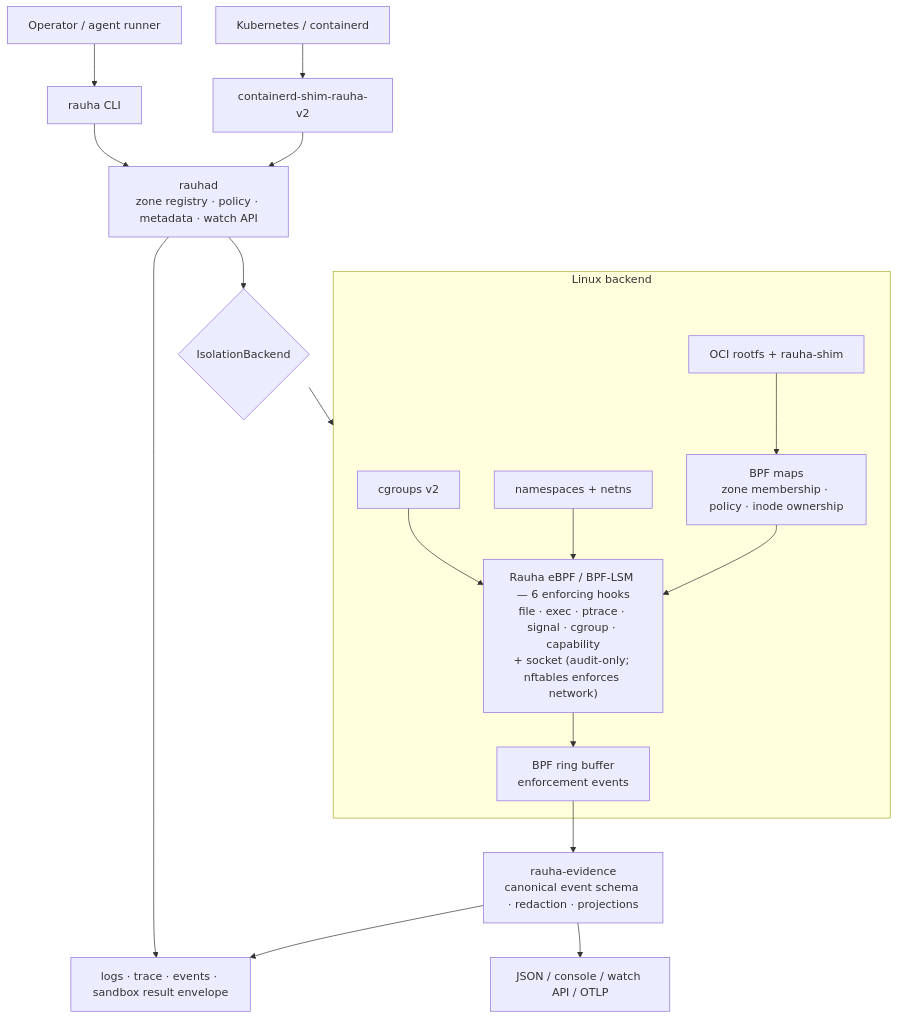
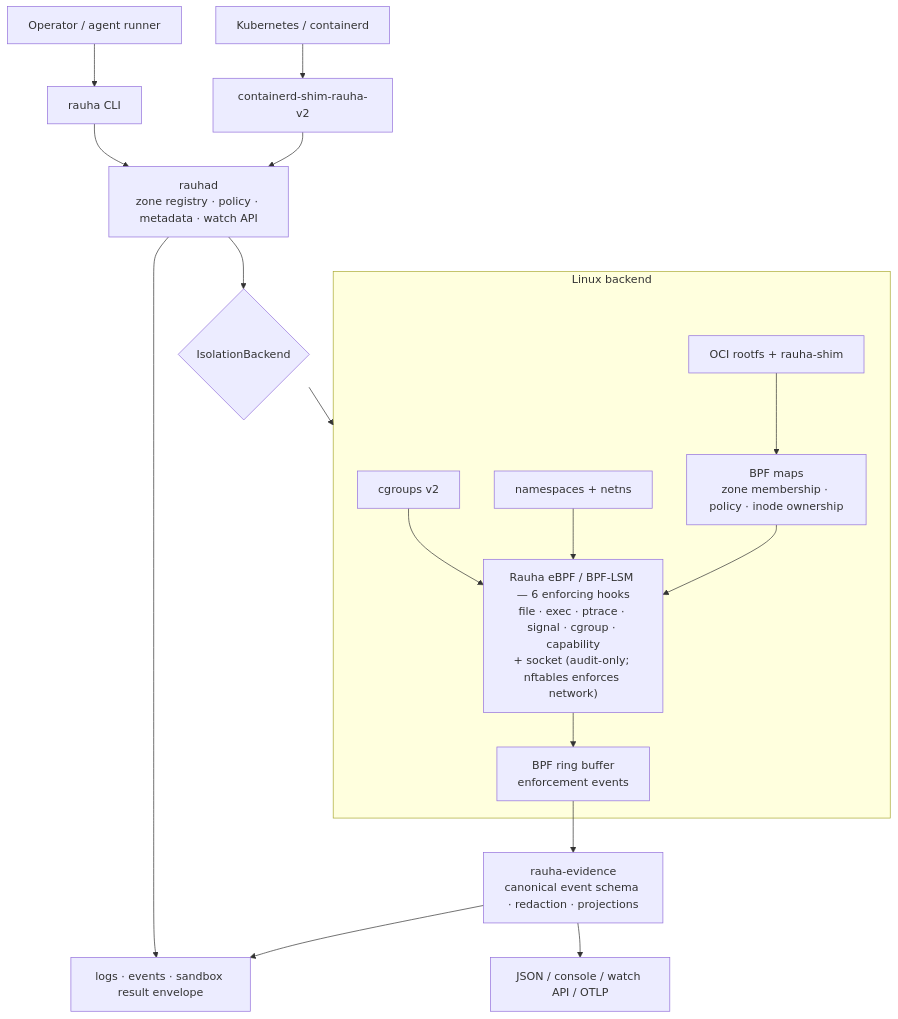
Before and after one commit to false-systems/rauha: the diagram in docs/architecture.md, drawn with Mermaid. The commit also changed other lines of this file and 106 other files, not shown here.

````diff
--- a/docs/architecture.md
+++ b/docs/architecture.md
@@ -7,41 +7,41 @@
 ```mermaid
 flowchart TB
     operator["Operator / agent runner"]
     k8s["Kubernetes / containerd"]
     cli["rauha CLI"]
     shimv2["containerd-shim-rauha-v2"]
     daemon["rauhad\nzone registry · policy · metadata · watch API"]
     backend{"IsolationBackend"}
 
     operator --> cli
     k8s --> shimv2
     cli --> daemon
     shimv2 --> daemon
     daemon --> backend
 
     subgraph linux["Linux backend"]
         cgroups["cgroups v2"]
         ns["namespaces + netns"]
         rootfs["OCI rootfs + rauha-shim"]
         ebpf["Rauha eBPF / BPF-LSM — 6 enforcing hooks\nfile · exec · ptrace · signal · cgroup · capability\n+ socket (audit-only; nftables enforces network)"]
         maps["BPF maps\nzone membership · policy · inode ownership"]
         ring["BPF ring buffer\nenforcement events"]
 
         cgroups --> ebpf
         ns --> ebpf
         rootfs --> maps
         maps --> ebpf
         ebpf --> ring
     end
 
     backend --> linux
 
     evidence["rauha-evidence\ncanonical event schema · redaction · projections"]
-    surfaces["logs · trace · events · sandbox result envelope"]
+    surfaces["logs · events · sandbox result envelope"]
     sinks["JSON / console / watch API / OTLP"]
 
     ring --> evidence
     daemon --> surfaces
     evidence --> surfaces
     evidence --> sinks
 ```
````
